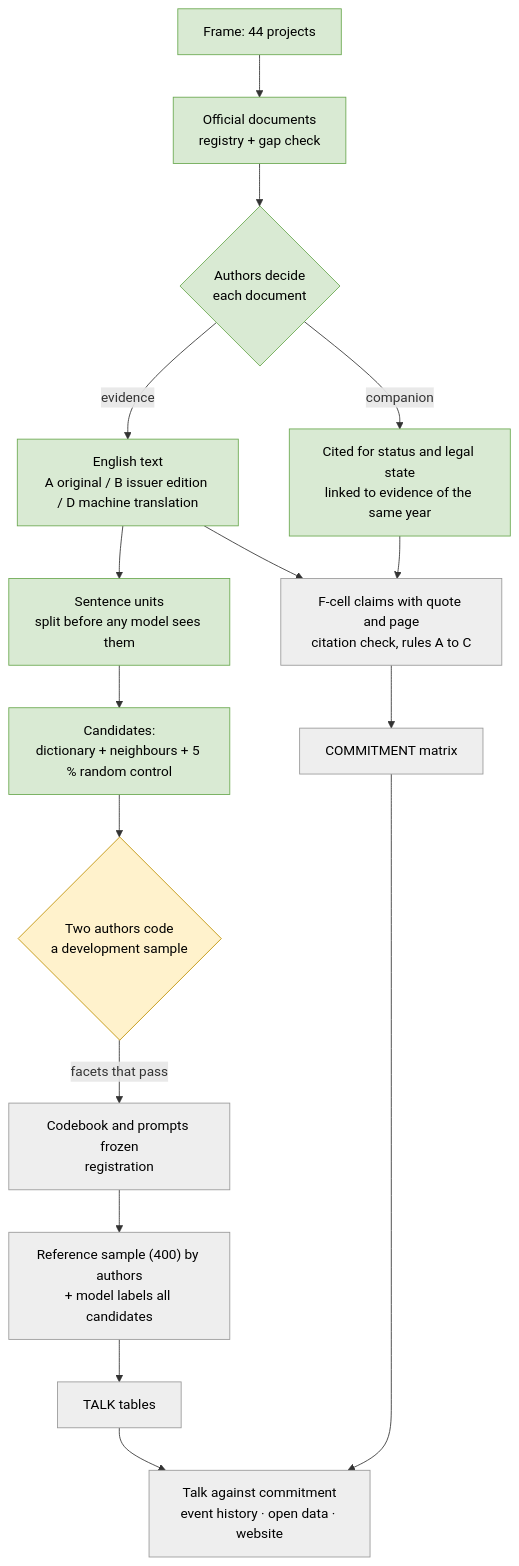
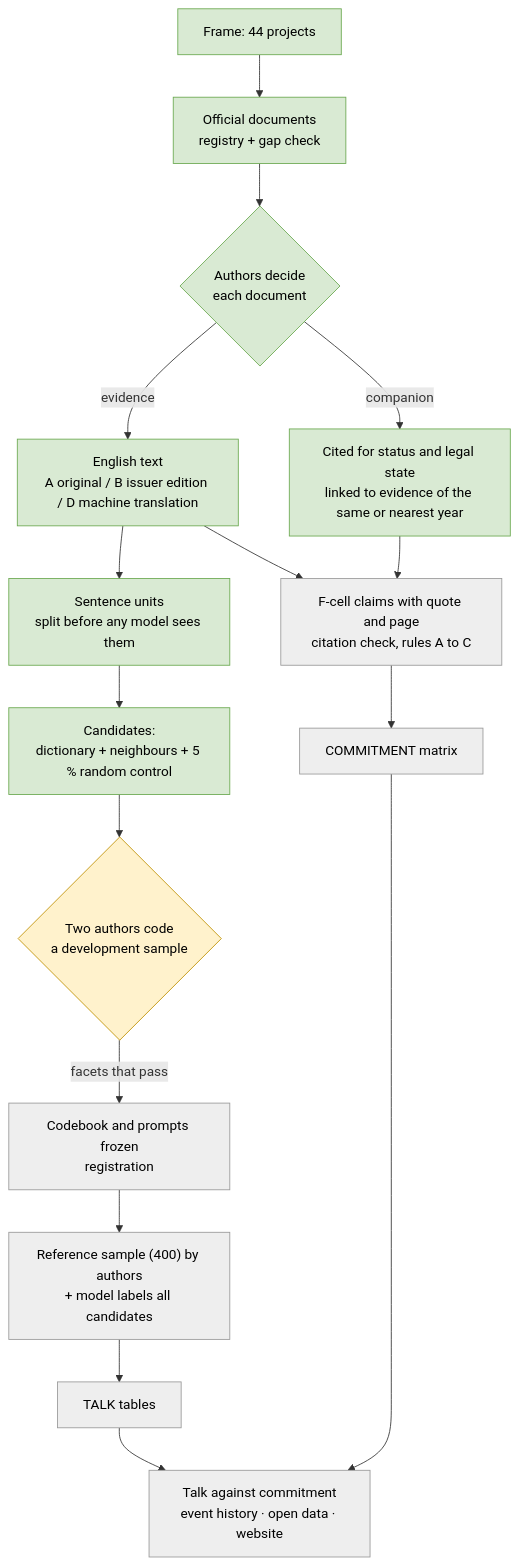
The diagram in PROJECT_BRIEF.md (BokMartin/cbdc-dataset-v11), drawn with Mermaid before and after one commit. The commit also changed other lines of this file and 6 other files, not shown here.

````diff
--- a/PROJECT_BRIEF.md
+++ b/PROJECT_BRIEF.md
@@ -22,24 +22,24 @@
 ```mermaid
 flowchart TD
   A["Frame: 44 projects"] --> B["Official documents<br/>registry + gap check"]
   B --> C{"Authors decide<br/>each document"}
   C -->|evidence| D["English text<br/>A original / B issuer edition / D machine translation"]
-  C -->|companion| K["Cited for status and legal state<br/>linked to evidence of the same year"]
+  C -->|companion| K["Cited for status and legal state<br/>linked to evidence of the same or nearest year"]
   D --> E["Sentence units<br/>split before any model sees them"]
   E --> F["Candidates:<br/>dictionary + neighbours + 5 % random control"]
   F --> G{"Two authors code<br/>a development sample"}
   G -->|facets that pass| H["Codebook and prompts frozen<br/>registration"]
   H --> I["Reference sample (400) by authors<br/>+ model labels all candidates"]
   I --> J["TALK tables"]
   D --> L["F-cell claims with quote and page<br/>citation check, rules A to C"]
   K --> L
   L --> M["COMMITMENT matrix"]
   J --> N["Talk against commitment<br/>event history · open data · website"]
   M --> N
   classDef done fill:#d9ead3,stroke:#6aa84f,color:#000
   classDef now fill:#fff2cc,stroke:#bf9000,color:#000
   classDef todo fill:#eeeeee,stroke:#999999,color:#000
   class A,B,C,D,E,F,K done
   class G now
   class H,I,J,L,M,N todo
 ```
````
